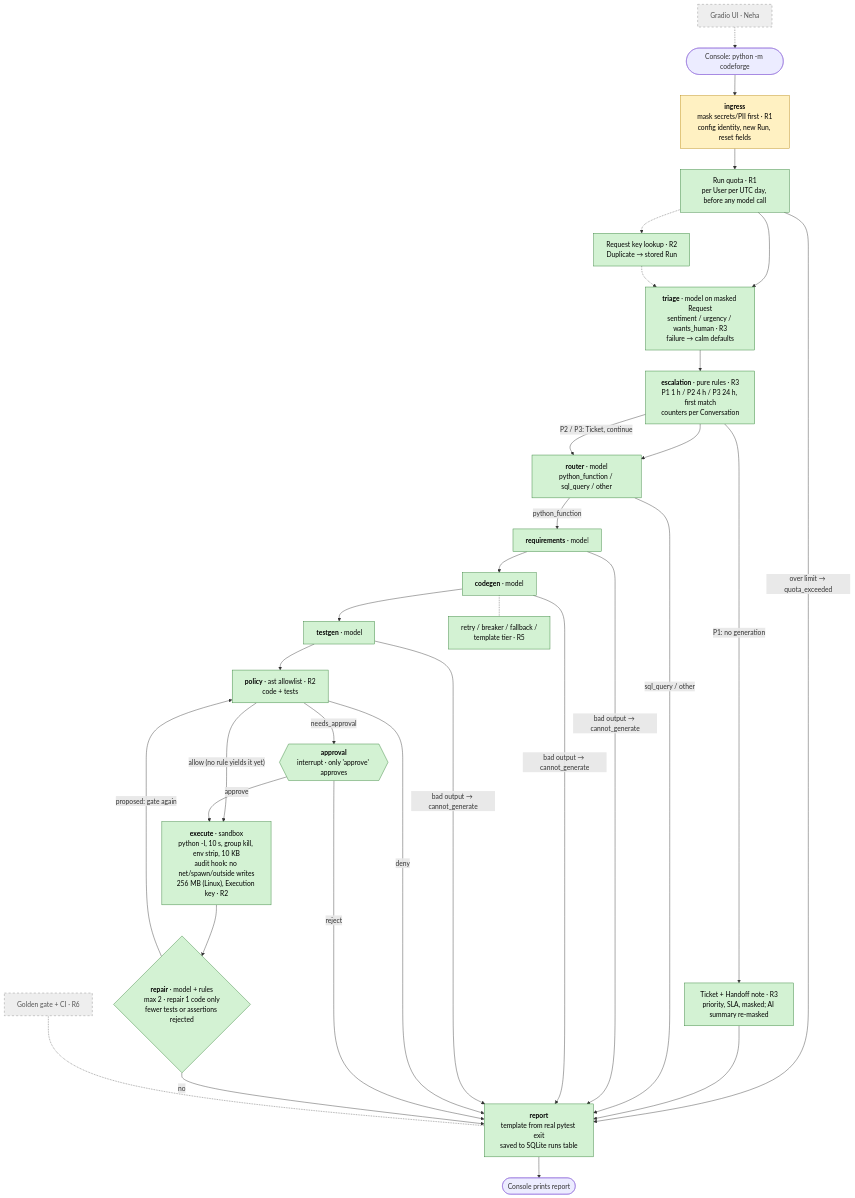
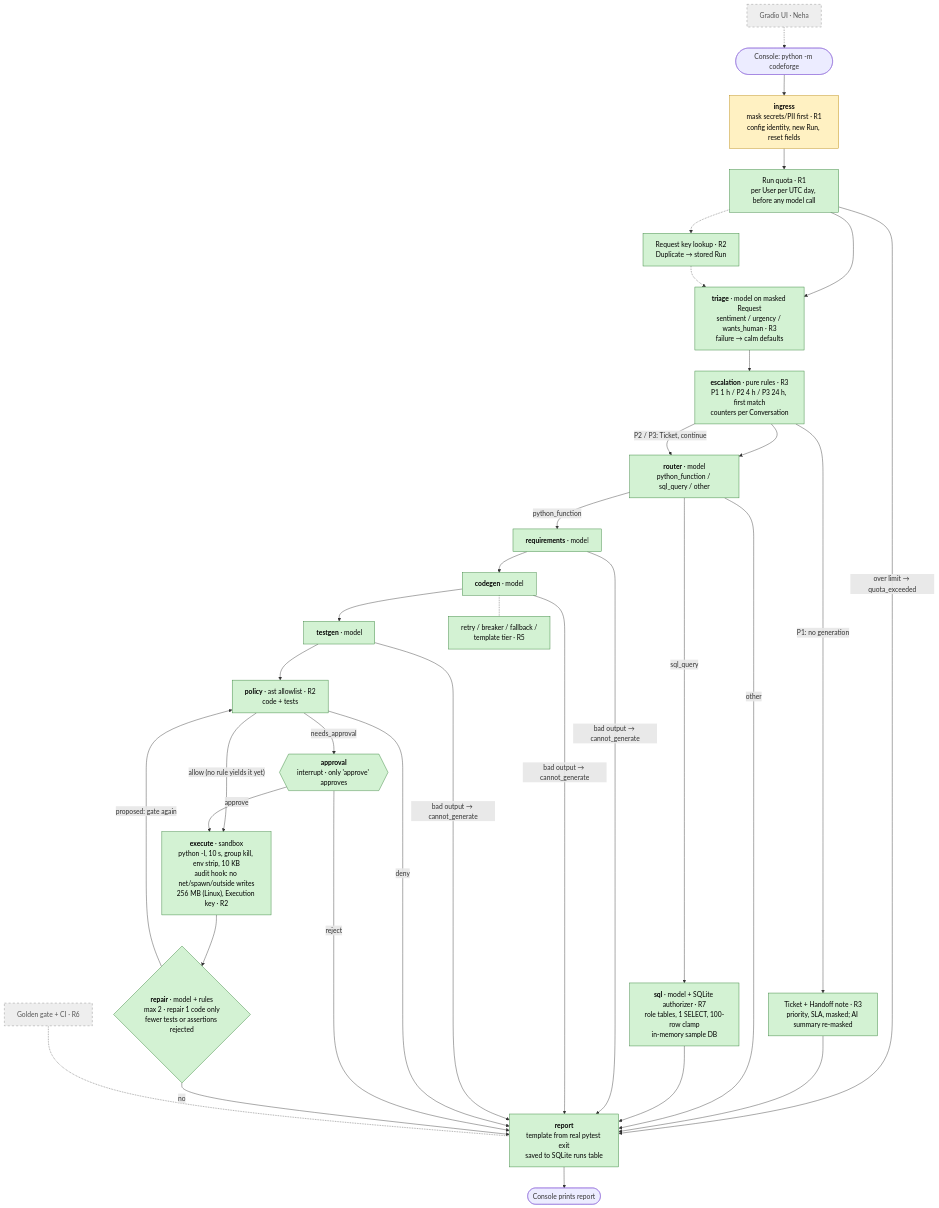
Before and after one commit to dipanshuCodes/codeforge: the diagram in plans/TRACKER.md, drawn with Mermaid. The commit also changed other lines of this file and 15 other files, not shown here.

````diff
--- a/plans/TRACKER.md
+++ b/plans/TRACKER.md
@@ -22,48 +22,50 @@
 ```mermaid
 flowchart TD
     START([Console: python -m codeforge]) --> ingress
 
     ingress["<b>ingress</b><br/>mask secrets/PII first · R1<br/>config identity, new Run, reset fields"]:::built
     quota["Run quota · R1<br/>per User per UTC day, before any model call"]:::built
     reqkey["Request key lookup · R2<br/>Duplicate → stored Run"]:::built
     triage["<b>triage</b> · model on masked Request<br/>sentiment / urgency / wants_human · R3<br/>failure → calm defaults"]:::built
     escalation["<b>escalation</b> · pure rules · R3<br/>P1 1 h / P2 4 h / P3 24 h, first match<br/>counters per Conversation"]:::built
     ticket["Ticket + Handoff note · R3<br/>priority, SLA, masked; AI summary re-masked"]:::built
     router["<b>router</b> · model<br/>python_function / sql_query / other"]:::built
     requirements["<b>requirements</b> · model"]:::built
     codegen["<b>codegen</b> · model"]:::built
     testgen["<b>testgen</b> · model"]:::built
     resilience["retry / breaker / fallback /<br/>template tier · R5"]:::built
     policy["<b>policy</b> · ast allowlist · R2<br/>code + tests"]:::built
     approval{{"<b>approval</b><br/>interrupt · only 'approve' approves"}}:::built
     execute["<b>execute</b> · sandbox<br/>python -I, 10 s, group kill, env strip, 10 KB<br/>audit hook: no net/spawn/outside writes<br/>256 MB (Linux), Execution key · R2"]:::built
     repair{"<b>repair</b> · model + rules<br/>max 2 · repair 1 code only<br/>fewer tests or assertions rejected"}:::built
     report["<b>report</b><br/>template from real pytest exit<br/>saved to SQLite runs table"]:::built
     DONE([Console prints report])
     ui["Gradio UI · Neha"]:::todo
     gate["Golden gate + CI · R6"]:::todo
 
     ingress --> quota --> triage --> escalation --> router
     quota -- "over limit → quota_exceeded" --> report
     quota -.-> reqkey -.-> triage
     escalation -- "P1: no generation" --> ticket --> report
     escalation -- "P2 / P3: Ticket, continue" --> router
-    router -- "sql_query / other" --> report
+    router -- "other" --> report
+    sqlnode["<b>sql</b> · model + SQLite authorizer · R7<br/>role tables, 1 SELECT, 100-row clamp<br/>in-memory sample DB"]:::built
+    router -- sql_query --> sqlnode --> report
     router -- python_function --> requirements --> codegen --> testgen --> policy
     requirements & codegen & testgen -- "bad output → cannot_generate" --> report
     codegen -.- resilience
     policy -- deny --> report
     policy -- needs_approval --> approval
     policy -- "allow (no rule yields it yet)" --> execute
     approval -- reject --> report
     approval -- approve --> execute --> repair
     repair -- "proposed: gate again" --> policy
     repair -- no --> report --> DONE
     ui -.-> START
     gate -.- report
 
     class ingress stub
     classDef built fill:#d3f2d3,stroke:#2e7d32,color:#000
     classDef stub fill:#fff1c2,stroke:#b8860b,color:#000
     classDef todo fill:#eeeeee,stroke:#888,stroke-dasharray:5 5,color:#555
 ```
````
